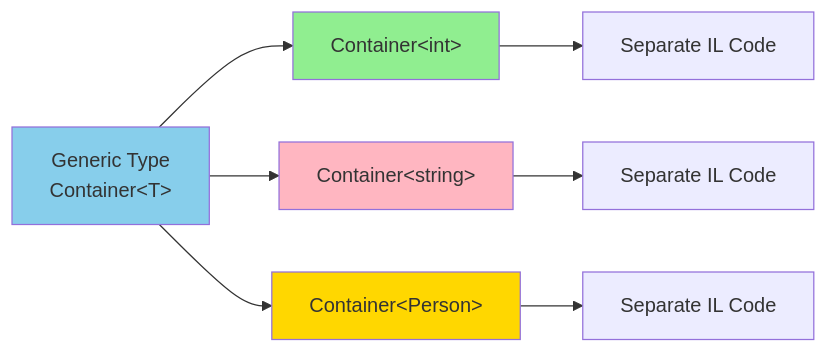
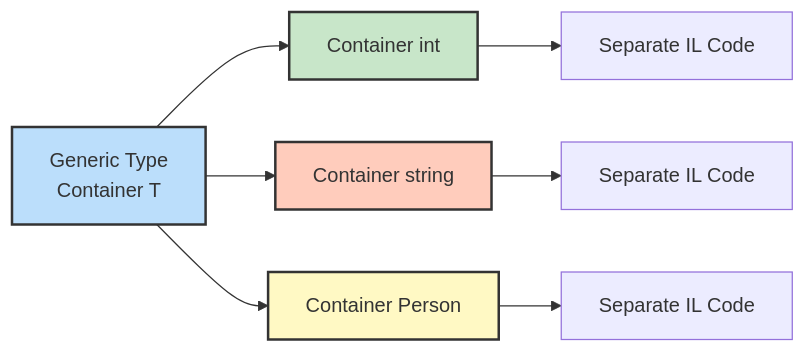
Before and after one commit to NguyenPhamCode4You/ai-home-lab-docker-compose: the second of 12 diagrams in C# fundamentals/day05-generics.md, drawn with Mermaid. The commit also changed other lines of this file and 10 other files, not shown here.

````diff
--- a/C# fundamentals/day05-generics.md
+++ b/C# fundamentals/day05-generics.md
@@ -83,15 +83,15 @@
 ```mermaid
 graph LR
-    A[Generic Type<br/>Container&lt;T&gt;] --> B[Container&lt;int&gt;]
-    A --> C[Container&lt;string&gt;]
-    A --> D[Container&lt;Person&gt;]
+    A[Generic Type<br/>Container T] --> B[Container int]
+    A --> C[Container string]
+    A --> D[Container Person]
 
     B --> E[Separate IL Code]
     C --> F[Separate IL Code]
     D --> G[Separate IL Code]
 
-    style A fill:#87CEEB
-    style B fill:#90EE90
-    style C fill:#FFB6C1
-    style D fill:#FFD700
+    style A fill:#bbdefb,stroke:#333,stroke-width:2px
+    style B fill:#c8e6c9,stroke:#333,stroke-width:2px
+    style C fill:#ffccbc,stroke:#333,stroke-width:2px
+    style D fill:#fff9c4,stroke:#333,stroke-width:2px
 ```
````
